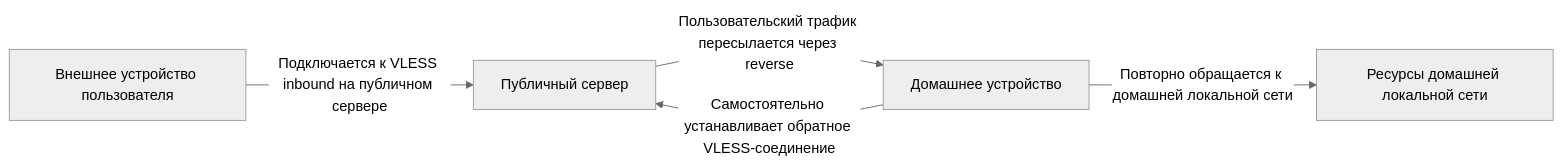
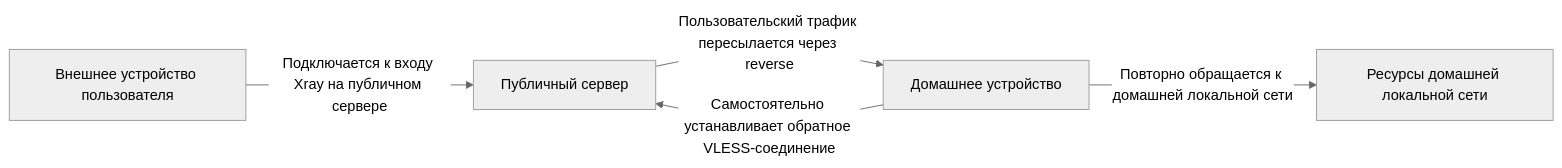
Before and after one commit to XTLS/Xray-docs-next: the third of 6 diagrams in docs/ru/document/level-2/vless_reverse.md, drawn with Mermaid (neutral theme). The commit also changed other lines of this file and 2 other files, not shown here.

First line of the commit message:
Update VLESS Reverse Proxy Again

````diff
--- a/docs/ru/document/level-2/vless_reverse.md
+++ b/docs/ru/document/level-2/vless_reverse.md
@@ -223,12 +223,12 @@
 ```mermaid
 flowchart LR
     U[Внешнее устройство пользователя]
     S[Публичный сервер]
     I[Домашнее устройство]
     H[Ресурсы домашней локальной сети]
 
     I -- Самостоятельно устанавливает обратное VLESS-соединение --> S
-    U -- Подключается к VLESS inbound на публичном сервере --> S
+    U -- Подключается к входу Xray на публичном сервере --> S
     S -- Пользовательский трафик пересылается через reverse --> I
     I -- Повторно обращается к домашней локальной сети --> H
 ```
````
